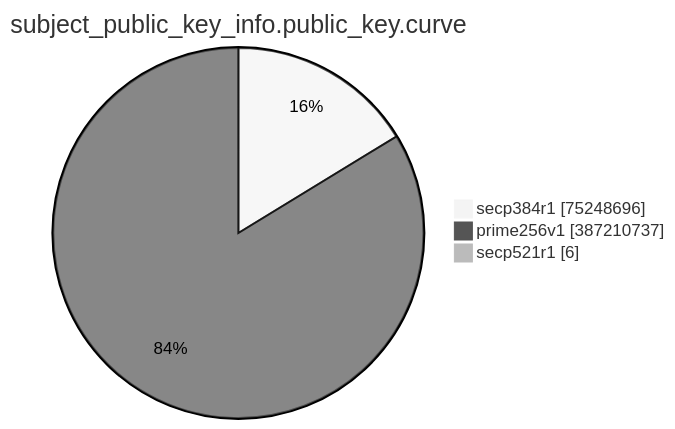
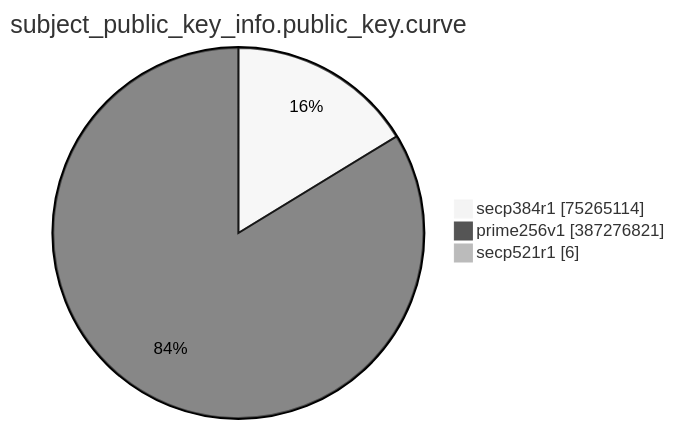
One commit to christiankrug/ctmonitor_visualization changed the eighth of 15 diagrams in TOTAL/README.md. Above: the diagram before and after it, drawn with Mermaid (neutral theme). The commit also changed other lines of this file, not shown here.

````diff
--- a/TOTAL/README.md
+++ b/TOTAL/README.md
@@ -3094,7 +3094,7 @@
 ```mermaid
 pie showData
 title subject_public_key_info.public_key.curve
-"secp384r1" :75248696
-"prime256v1" :387210737
+"secp384r1" :75265114
+"prime256v1" :387276821
 "secp521r1" :6
 ```
````
